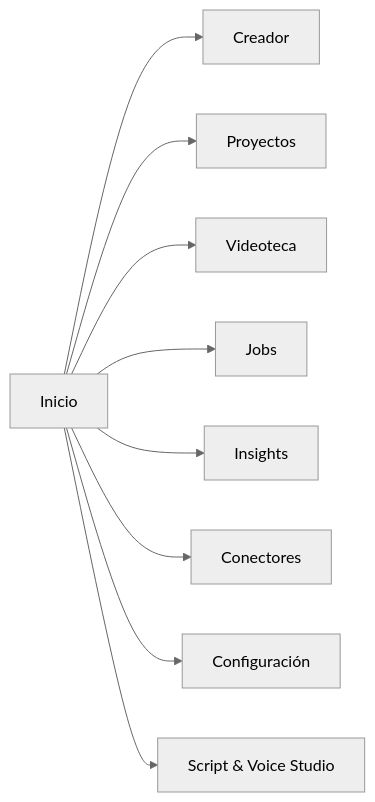
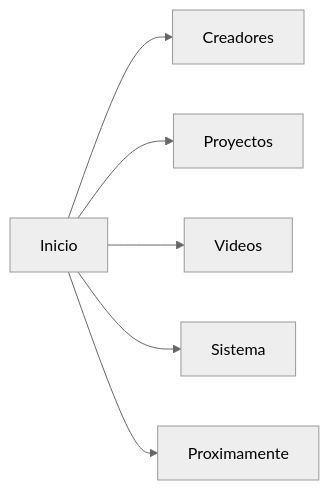
Before and after one commit to AS26-Lab/Creator_Inteligence_Studio: the diagram in docs/UI_MAP.md, drawn with Mermaid (neutral theme). The commit also changed other lines of this file and 34 other files, not shown here.

````diff
--- a/docs/UI_MAP.md
+++ b/docs/UI_MAP.md
@@ -5,11 +5,8 @@
 ```mermaid
 flowchart LR
-    Home[Inicio] --> Creators[Creador]
+    Home[Inicio] --> Creators[Creadores]
     Home --> Projects[Proyectos]
-    Home --> Media[Videoteca]
-    Home --> Jobs[Jobs]
-    Home --> Insights[Insights]
-    Home --> Connectors[Conectores]
-    Home --> Settings[Configuración]
-    Home --> Scripts[Script & Voice Studio]
+    Home --> Media[Videos]
+    Home --> System[Sistema]
+    Home --> Future[Proximamente]
 ```
````
